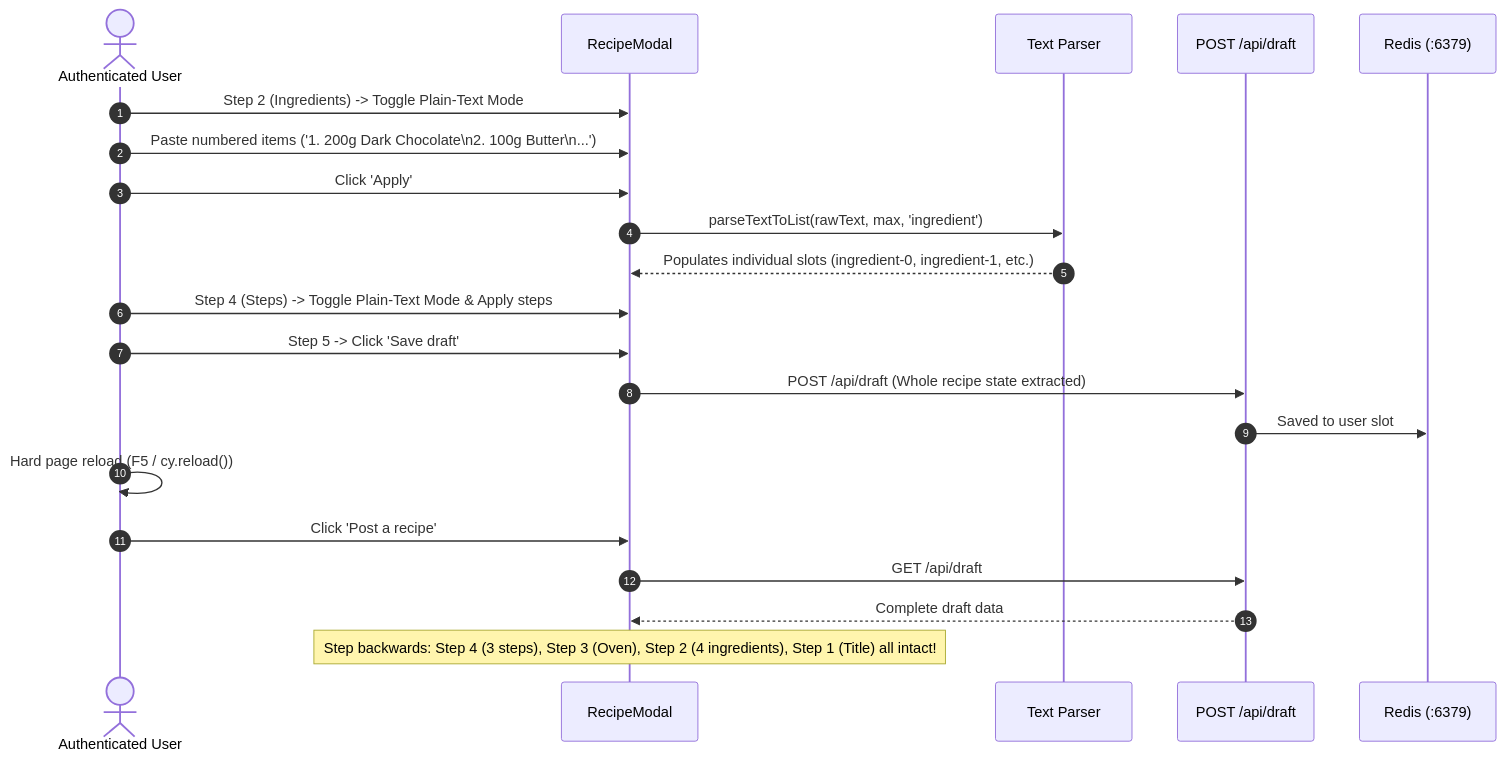
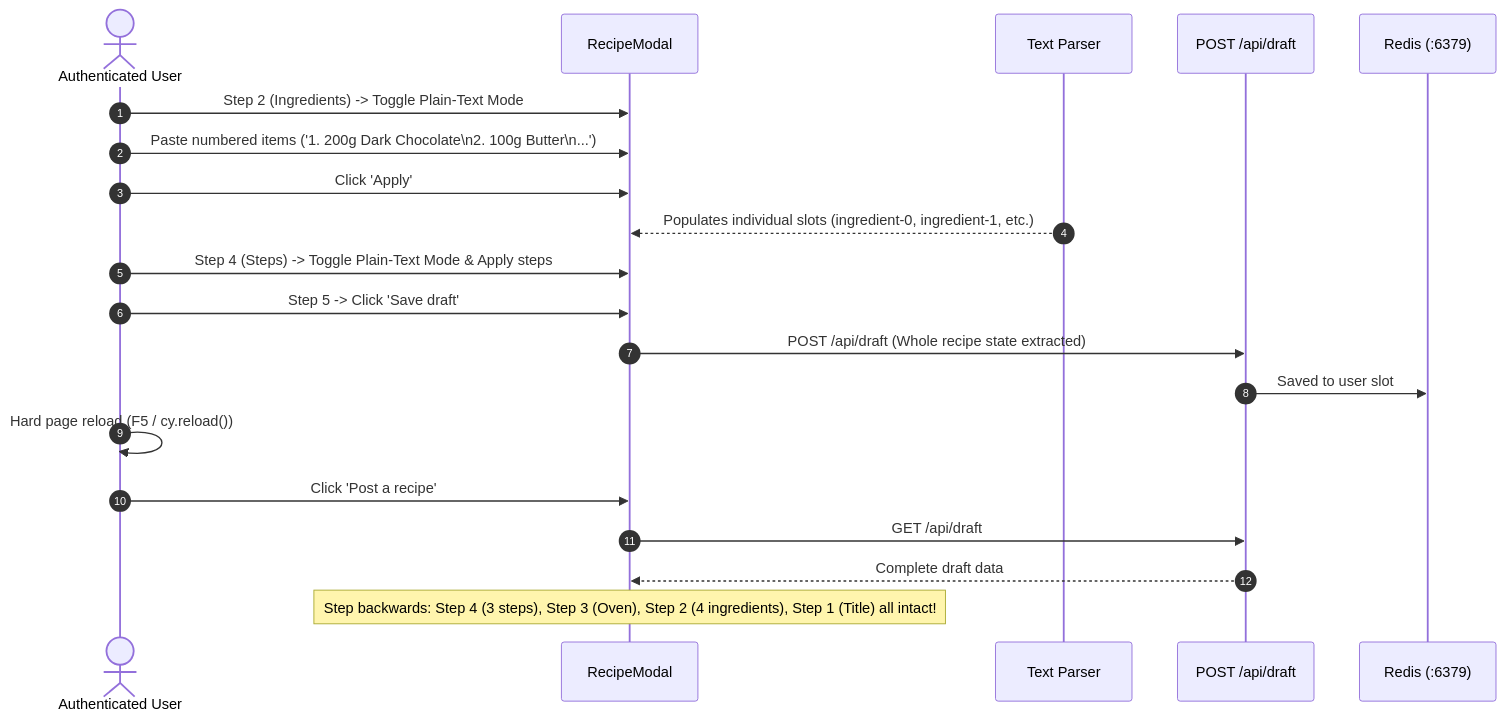
One commit to jorbush/jorbites changed diagram 18 of 21 in docs/testing/e2e/workflows.md. Above: the diagram before and after it, drawn with Mermaid. The commit also changed other lines of this file and 21 other files, not shown here.

````diff
--- a/docs/testing/e2e/workflows.md
+++ b/docs/testing/e2e/workflows.md
@@ -468,24 +468,23 @@
 ```mermaid
 sequenceDiagram
     autonumber
     actor User as Authenticated User
     participant RM as RecipeModal
     participant PTP as Text Parser
     participant API as POST /api/draft
     participant Redis as Redis (:6379)
 
     User->>RM: Step 2 (Ingredients) -> Toggle Plain-Text Mode
     User->>RM: Paste numbered items ('1. 200g Dark Chocolate\n2. 100g Butter\n...')
     User->>RM: Click 'Apply'
-    RM->>PTP: parseTextToList(rawText, max, 'ingredient')
     PTP-->>RM: Populates individual slots (ingredient-0, ingredient-1, etc.)
     User->>RM: Step 4 (Steps) -> Toggle Plain-Text Mode & Apply steps
     User->>RM: Step 5 -> Click 'Save draft'
     RM->>API: POST /api/draft (Whole recipe state extracted)
     API->>Redis: Saved to user slot
     User->>User: Hard page reload (F5 / cy.reload())
     User->>RM: Click 'Post a recipe'
     RM->>API: GET /api/draft
     API-->>RM: Complete draft data
     Note over RM: Step backwards: Step 4 (3 steps), Step 3 (Oven), Step 2 (4 ingredients), Step 1 (Title) all intact!
 ```
````
